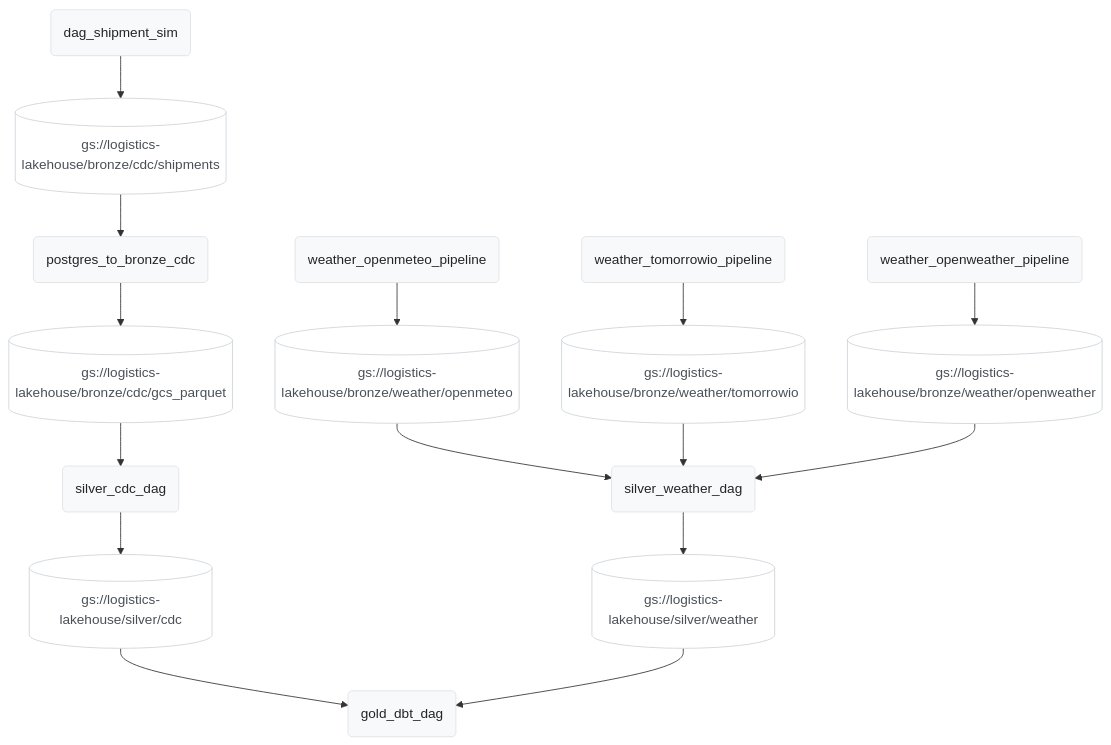
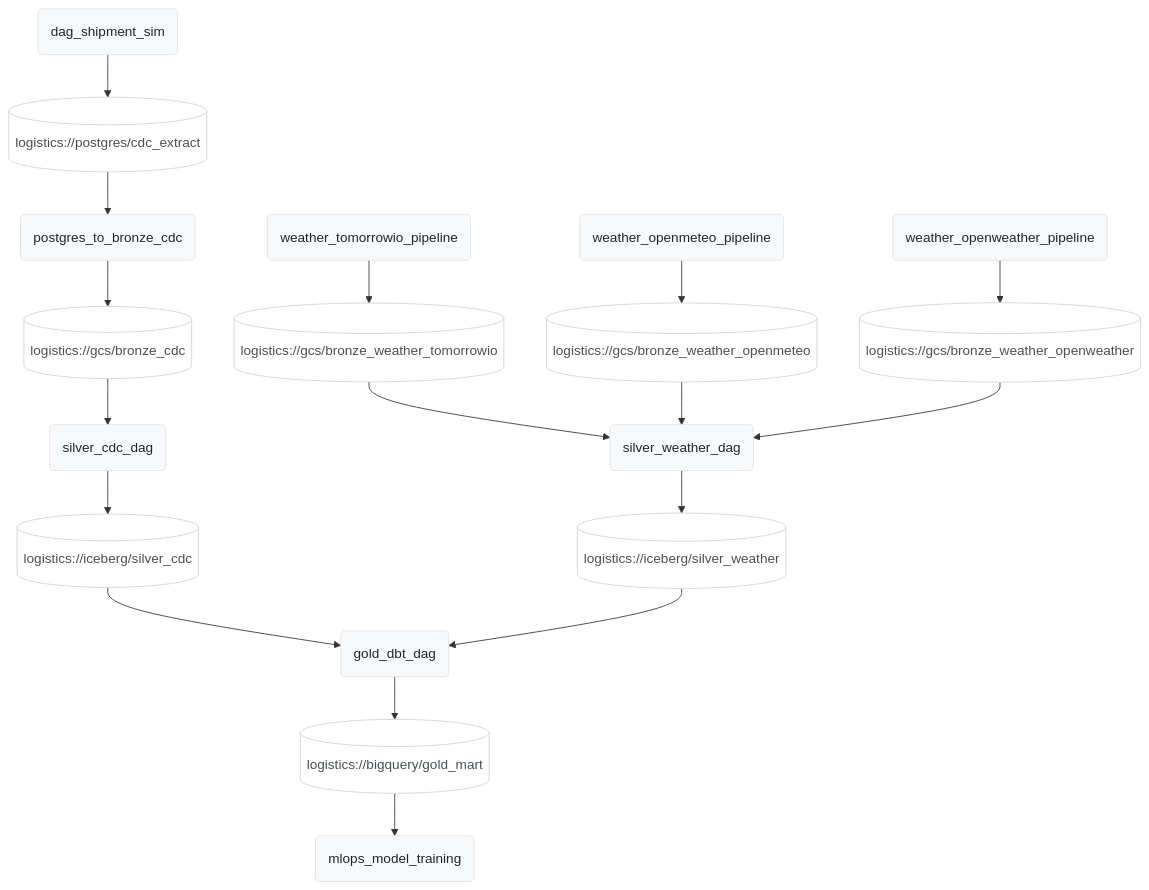
The first of 4 diagrams in README.md (BoxRidden/Logistics-Pipeline), drawn with Mermaid before and after one commit. The commit also changed other lines of this file and 3 other files, not shown here.

````diff
--- a/README.md
+++ b/README.md
@@ -96,52 +89,58 @@
 ```mermaid
 graph TD
     %% Styling classes to differentiate DAGs and Datasets
     classDef dag fill:#f8f9fa,stroke:#dee2e6,stroke-width:1px,color:#212529;
     classDef dataset fill:#ffffff,stroke:#ced4da,stroke-width:1px,color:#495057;
 
     %% CDC Pipeline Nodes
     sim(dag_shipment_sim):::dag
-    ds_cdc_ship[("gs://logistics-lakehouse/bronze/cdc/shipments")]:::dataset
+    ds_cdc_ext[("logistics://postgres/cdc_extract")]:::dataset
     p2b(postgres_to_bronze_cdc):::dag
-    ds_cdc_pq[("gs://logistics-lakehouse/bronze/cdc/gcs_parquet")]:::dataset
+    ds_cdc_pq[("logistics://gcs/bronze_cdc")]:::dataset
     scdc(silver_cdc_dag):::dag
-    ds_silv_cdc[("gs://logistics-lakehouse/silver/cdc")]:::dataset
+    ds_silv_cdc[("logistics://iceberg/silver_cdc")]:::dataset
 
     %% Weather Pipeline Nodes
+    tom(weather_tomorrowio_pipeline):::dag
+    ds_tom[("logistics://gcs/bronze_weather_tomorrowio")]:::dataset
+    
     om(weather_openmeteo_pipeline):::dag
-    ds_om[("gs://logistics-lakehouse/bronze/weather/openmeteo")]:::dataset
-    
-    tom(weather_tomorrowio_pipeline):::dag
-    ds_tom[("gs://logistics-lakehouse/bronze/weather/tomorrowio")]:::dataset
+    ds_om[("logistics://gcs/bronze_weather_openmeteo")]:::dataset
     
     ow(weather_openweather_pipeline):::dag
-    ds_ow[("gs://logistics-lakehouse/bronze/weather/openweather")]:::dataset
+    ds_ow[("logistics://gcs/bronze_weather_openweather")]:::dataset
     
     sw(silver_weather_dag):::dag
-    ds_silv_w[("gs://logistics-lakehouse/silver/weather")]:::dataset
+    ds_silv_w[("logistics://iceberg/silver_weather")]:::dataset
 
-    %% Gold Target Node
+    %% Gold & MLOps Target Nodes
     dbt(gold_dbt_dag):::dag
+    ds_gold[("logistics://bigquery/gold_mart")]:::dataset
+    mlops(mlops_model_training):::dag
 
     %% CDC Pipeline Flow
-    sim --> ds_cdc_ship
-    ds_cdc_ship --> p2b
+    sim --> ds_cdc_ext
+    ds_cdc_ext --> p2b
     p2b --> ds_cdc_pq
     ds_cdc_pq --> scdc
     scdc --> ds_silv_cdc
 
     %% Weather Pipeline Flow
+    tom --> ds_tom
     om --> ds_om
-    tom --> ds_tom
     ow --> ds_ow
     
+    ds_tom --> sw
     ds_om --> sw
-    ds_tom --> sw
     ds_ow --> sw
     
     sw --> ds_silv_w
 
     %% Gold Trigger Convergence
     ds_silv_cdc --> dbt
     ds_silv_w --> dbt
+
+    %% MLOps Trigger Convergence
+    dbt --> ds_gold
+    ds_gold --> mlops
 ```
````
